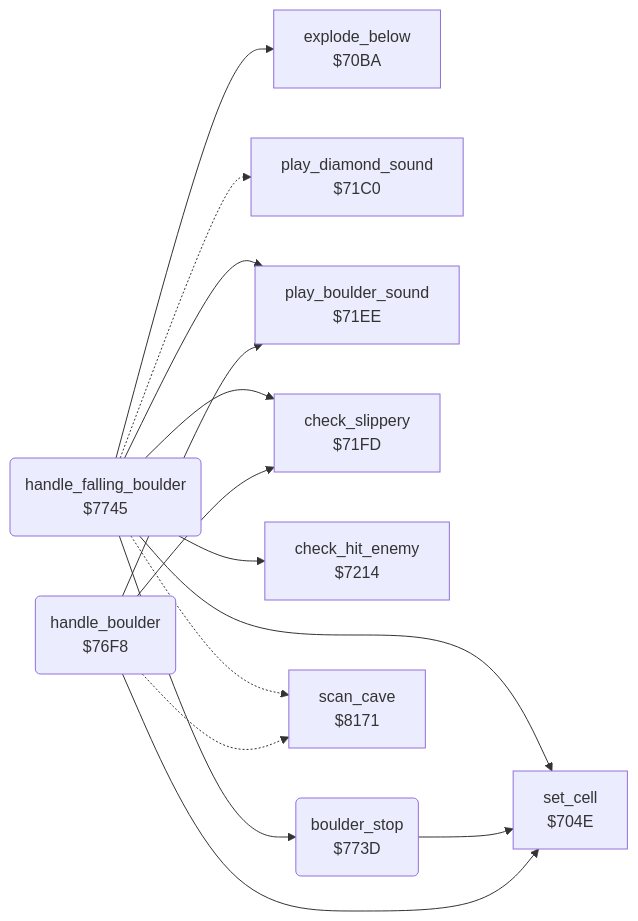
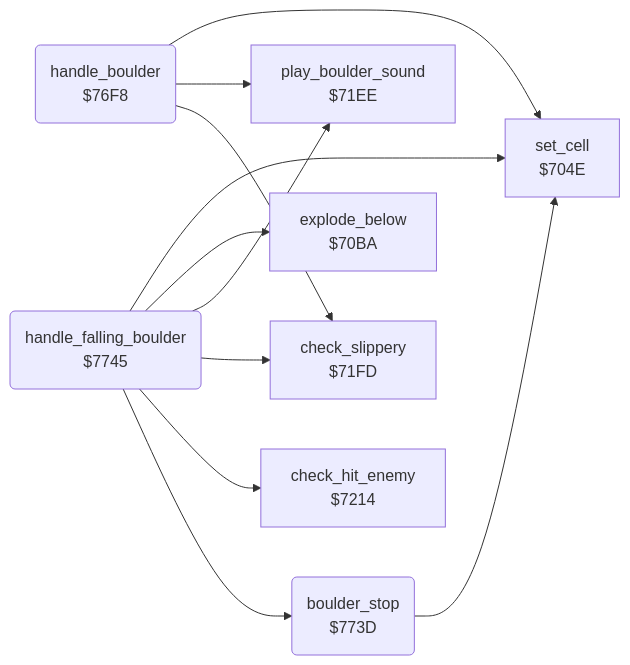
Before and after one commit to henols/c64_games: the diagram in boulder_dash/v2/docs/reference/modules/engine/boulder.md, drawn with Mermaid. The commit also changed other lines of this file and 1100 other files, not shown here.

````diff
--- a/boulder_dash/v2/docs/reference/modules/engine/boulder.md
+++ b/boulder_dash/v2/docs/reference/modules/engine/boulder.md
@@ -10,26 +18,21 @@
 ```mermaid
 flowchart LR
   n704e["set_cell<br/>$704E"]
   n70ba["explode_below<br/>$70BA"]
-  n71c0["play_diamond_sound<br/>$71C0"]
   n71ee["play_boulder_sound<br/>$71EE"]
   n71fd["check_slippery<br/>$71FD"]
   n7214["check_hit_enemy<br/>$7214"]
   n76f8("handle_boulder<br/>$76F8")
   n773d("boulder_stop<br/>$773D")
   n7745("handle_falling_boulder<br/>$7745")
-  n8171["scan_cave<br/>$8171"]
   n76f8 --> n704e
   n76f8 --> n71ee
   n76f8 --> n71fd
-  n76f8 -.-> n8171
   n773d --> n704e
   n7745 --> n704e
   n7745 --> n70ba
-  n7745 -.-> n71c0
   n7745 --> n71ee
   n7745 --> n71fd
   n7745 --> n7214
   n7745 --> n773d
-  n7745 -.-> n8171
 ```
````
